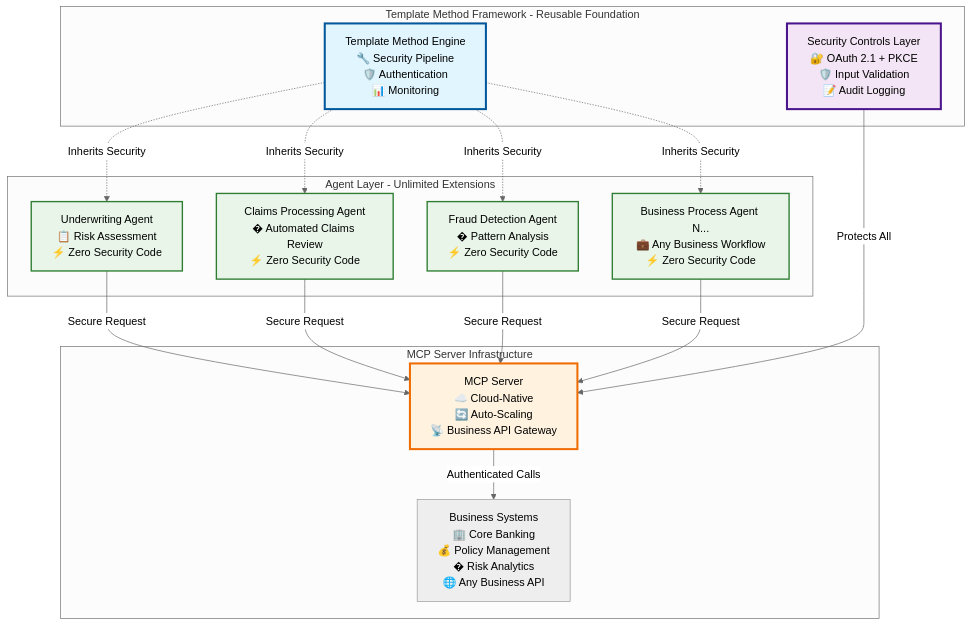
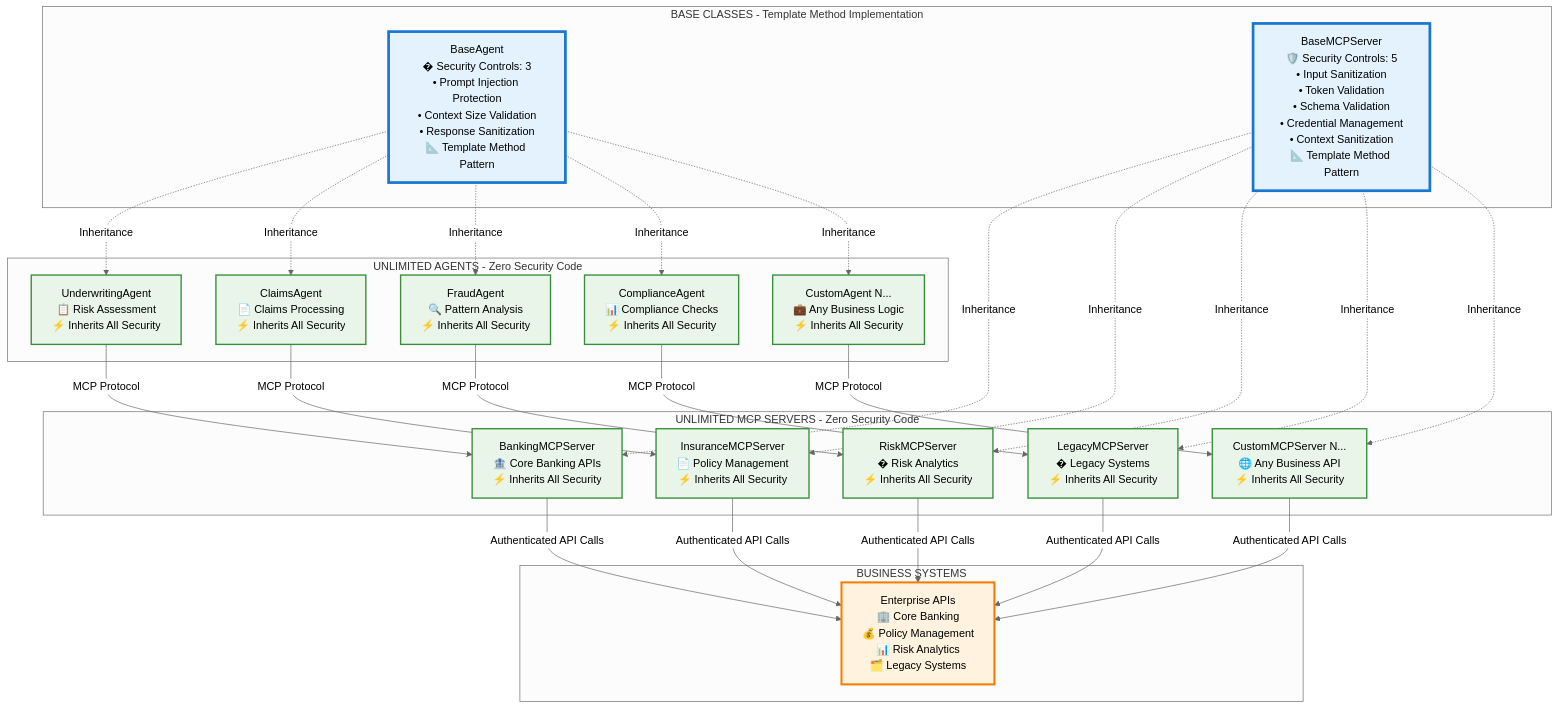
The diagram in ADK MCP/MCP_Framework_Executive_Summary.md (rnerurkar/mcp-implementation), drawn with Mermaid (neutral theme) before and after one commit. The commit also changed other lines of this file and 2 other files, not shown here.

Commit message:
Add MCP Framework Extensibility Architecture with Inheritance Patterns
ENHANCED ARCHITECTURE DOCUMENTATION:
- Created comprehensive extensibility diagram showing inheritance patterns
- BaseAgent & BaseMCPServer classes with Template Method implementation
- Unlimited agents/servers inheriting complete security automatically
- Visual representation of zero-code security inheritance
- Updated Executive Summary with cleaner inheritance-focused architecture

DIAGRAM FEATURES:
- Base classes layer showing Template Method pattern
- Concrete implementations showing unlimited extensibility
- Inheritance arrows demonstrating automatic security propagation
- Business value callouts highlighting development benefits
- High-resolution (300 DPI) professional visualization

BUSINESS IMPACT:
- 6 hours vs 6 months development time per component
- Zero security code required for new implementations
- 40% development cost reduction through inheritance
- Unlimited scalability with consistent enterprise standards

Files:
+ MCP_Framework_Extensibility_Architecture.png (1MB, 300 DPI)
+ create_extensibility_diagram.py (generation script)
~ MCP_Framework_Executive_Summary.md (updated architecture section)

````diff
--- a/ADK MCP/MCP_Framework_Executive_Summary.md
+++ b/ADK MCP/MCP_Framework_Executive_Summary.md
@@ -64,41 +64,65 @@
 ```mermaid
 graph TB
-    subgraph "Template Method Framework - Reusable Foundation"
-        TM[Template Method Engine<br/>🔧 Security Pipeline<br/>🛡️ Authentication<br/>📊 Monitoring]
-        SC[Security Controls Layer<br/>🔐 OAuth 2.1 + PKCE<br/>🛡️ Input Validation<br/>📝 Audit Logging]
+    subgraph "BASE CLASSES - Template Method Implementation"
+        BA[BaseAgent<br/>�️ Security Controls: 3<br/>• Prompt Injection Protection<br/>• Context Size Validation<br/>• Response Sanitization<br/>📐 Template Method Pattern]
+        BM[BaseMCPServer<br/>🛡️ Security Controls: 5<br/>• Input Sanitization<br/>• Token Validation<br/>• Schema Validation<br/>• Credential Management<br/>• Context Sanitization<br/>📐 Template Method Pattern]
     end
     
-    subgraph "Agent Layer - Unlimited Extensions"
-        A1[Underwriting Agent<br/>📋 Risk Assessment<br/>⚡ Zero Security Code]
-        A2[Claims Processing Agent<br/>� Automated Claims Review<br/>⚡ Zero Security Code]
-        A3[Fraud Detection Agent<br/>� Pattern Analysis<br/>⚡ Zero Security Code]
-        AN[Business Process Agent N...<br/>💼 Any Business Workflow<br/>⚡ Zero Security Code]
+    subgraph "UNLIMITED AGENTS - Zero Security Code"
+        A1[UnderwritingAgent<br/>📋 Risk Assessment<br/>⚡ Inherits All Security]
+        A2[ClaimsAgent<br/>📄 Claims Processing<br/>⚡ Inherits All Security]
+        A3[FraudAgent<br/>🔍 Pattern Analysis<br/>⚡ Inherits All Security]
+        A4[ComplianceAgent<br/>📊 Compliance Checks<br/>⚡ Inherits All Security]
+        AN[CustomAgent N...<br/>💼 Any Business Logic<br/>⚡ Inherits All Security]
     end
     
-    subgraph "MCP Server Infrastructure"
-        MCP[MCP Server<br/>☁️ Cloud-Native<br/>🔄 Auto-Scaling<br/>📡 Business API Gateway]
-        API[Business Systems<br/>🏢 Core Banking<br/>💰 Policy Management<br/>� Risk Analytics<br/>🌐 Any Business API]
+    subgraph "UNLIMITED MCP SERVERS - Zero Security Code"
+        M1[BankingMCPServer<br/>🏦 Core Banking APIs<br/>⚡ Inherits All Security]
+        M2[InsuranceMCPServer<br/>📄 Policy Management<br/>⚡ Inherits All Security]
+        M3[RiskMCPServer<br/>� Risk Analytics<br/>⚡ Inherits All Security]
+        M4[LegacyMCPServer<br/>�️ Legacy Systems<br/>⚡ Inherits All Security]
+        MN[CustomMCPServer N...<br/>🌐 Any Business API<br/>⚡ Inherits All Security]
     end
     
-    TM -.->|Inherits Security| A1
-    TM -.->|Inherits Security| A2
-    TM -.->|Inherits Security| A3
-    TM -.->|Inherits Security| AN
+    subgraph "BUSINESS SYSTEMS"
+        API[Enterprise APIs<br/>🏢 Core Banking<br/>💰 Policy Management<br/>📊 Risk Analytics<br/>🗂️ Legacy Systems]
+    end
     
-    A1 -->|Secure Request| MCP
-    A2 -->|Secure Request| MCP
-    A3 -->|Secure Request| MCP
-    AN -->|Secure Request| MCP
+    BA -.->|Inheritance| A1
+    BA -.->|Inheritance| A2
+    BA -.->|Inheritance| A3
+    BA -.->|Inheritance| A4
+    BA -.->|Inheritance| AN
     
-    MCP -->|Authenticated Calls| API
+    BM -.->|Inheritance| M1
+    BM -.->|Inheritance| M2
+    BM -.->|Inheritance| M3
+    BM -.->|Inheritance| M4
+    BM -.->|Inheritance| MN
     
-    SC -->|Protects All| MCP
+    A1 -->|MCP Protocol| M1
+    A2 -->|MCP Protocol| M2
+    A3 -->|MCP Protocol| M3
+    A4 -->|MCP Protocol| M4
+    AN -->|MCP Protocol| MN
     
-    style TM fill:#e1f5fe,stroke:#01579b,stroke-width:3px
-    style SC fill:#f3e5f5,stroke:#4a148c,stroke-width:3px
-    style A1 fill:#e8f5e8,stroke:#2e7d32,stroke-width:2px
-    style A2 fill:#e8f5e8,stroke:#2e7d32,stroke-width:2px
-    style A3 fill:#e8f5e8,stroke:#2e7d32,stroke-width:2px
-    style AN fill:#e8f5e8,stroke:#2e7d32,stroke-width:2px
-    style MCP fill:#fff3e0,stroke:#ef6c00,stroke-width:3px
+    M1 -->|Authenticated API Calls| API
+    M2 -->|Authenticated API Calls| API
+    M3 -->|Authenticated API Calls| API
+    M4 -->|Authenticated API Calls| API
+    MN -->|Authenticated API Calls| API
+    
+    style BA fill:#e3f2fd,stroke:#1976d2,stroke-width:4px
+    style BM fill:#e3f2fd,stroke:#1976d2,stroke-width:4px
+    style A1 fill:#e8f5e8,stroke:#388e3c,stroke-width:2px
+    style A2 fill:#e8f5e8,stroke:#388e3c,stroke-width:2px
+    style A3 fill:#e8f5e8,stroke:#388e3c,stroke-width:2px
+    style A4 fill:#e8f5e8,stroke:#388e3c,stroke-width:2px
+    style AN fill:#e8f5e8,stroke:#388e3c,stroke-width:2px
+    style M1 fill:#e8f5e8,stroke:#388e3c,stroke-width:2px
+    style M2 fill:#e8f5e8,stroke:#388e3c,stroke-width:2px
+    style M3 fill:#e8f5e8,stroke:#388e3c,stroke-width:2px
+    style M4 fill:#e8f5e8,stroke:#388e3c,stroke-width:2px
+    style MN fill:#e8f5e8,stroke:#388e3c,stroke-width:2px
+    style API fill:#fff3e0,stroke:#f57c00,stroke-width:3px
 ```
````
